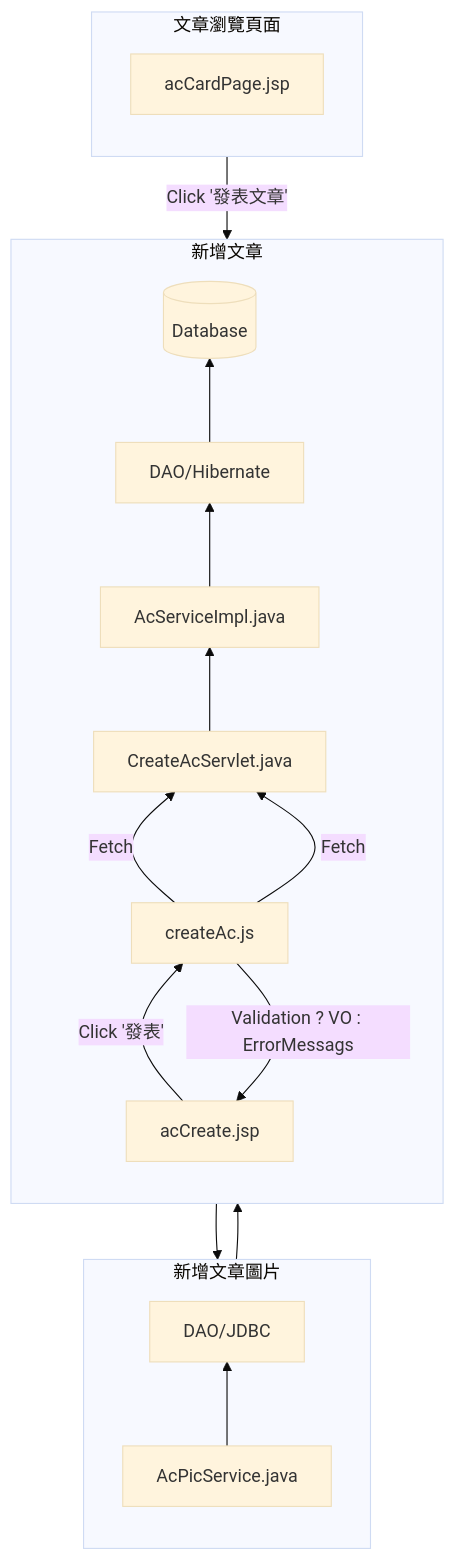
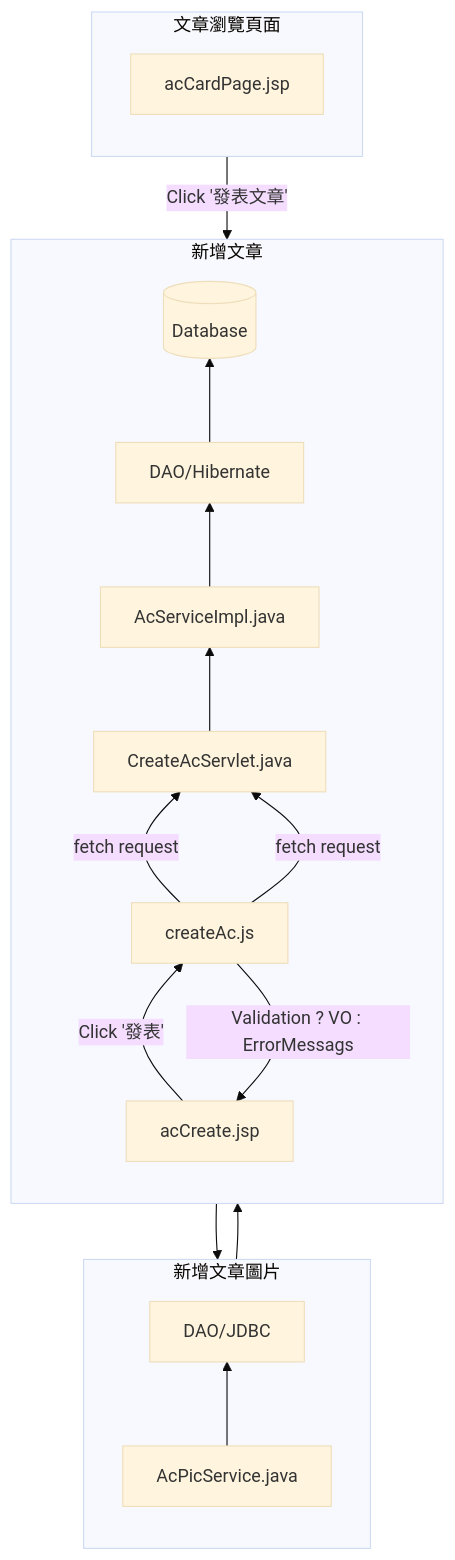
One commit to TLexYuW/CGA103G1OwnPart changed diagram 11 of 14 in README.md. Above: the diagram before and after it, drawn with Mermaid (base theme).

Commit message:
LEX: 2022-09-19 12:56:03
Affected files:
README.md

````diff
--- a/README.md
+++ b/README.md
@@ -265,22 +265,22 @@
 ```mermaid
 graph TB
 	subgraph 新增文章
 	direction BT
-	acC[acCreate.jsp] -->|Click '發表'| cA[createAc.js] -->|Fetch| CAS[CreateAcServlet.java] --> ASI[AcServiceImpl.java] 
+	acC[acCreate.jsp] -->|Click '發表'| cA[createAc.js] -->|fetch request| CAS[CreateAcServlet.java] --> ASI[AcServiceImpl.java] 
 	--> H[DAO/Hibernate] --> DB[(Database)]
 	end
 	
 	subgraph 新增文章圖片
 	direction BT
-	cA -->|Fetch| CAS[CreateAcServlet.java] --> APS[AcPicService.java] 
+	cA -->|fetch request| CAS[CreateAcServlet.java] --> APS[AcPicService.java] 
 	--> DAO[DAO/JDBC] --> DB[(Database)]
 	end
 	
 	subgraph 文章瀏覽頁面
 	direction BT
 	acCP[acCardPage.jsp]
 	end
 	
 	acCP -->|Click '發表文章'| acC
 	cA -->|Validation ? VO : ErrorMessags| acC
 ```
````
